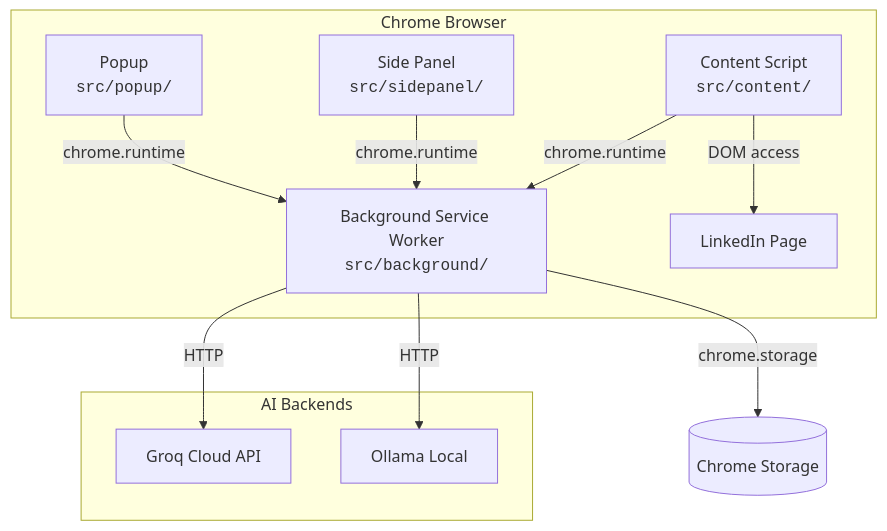
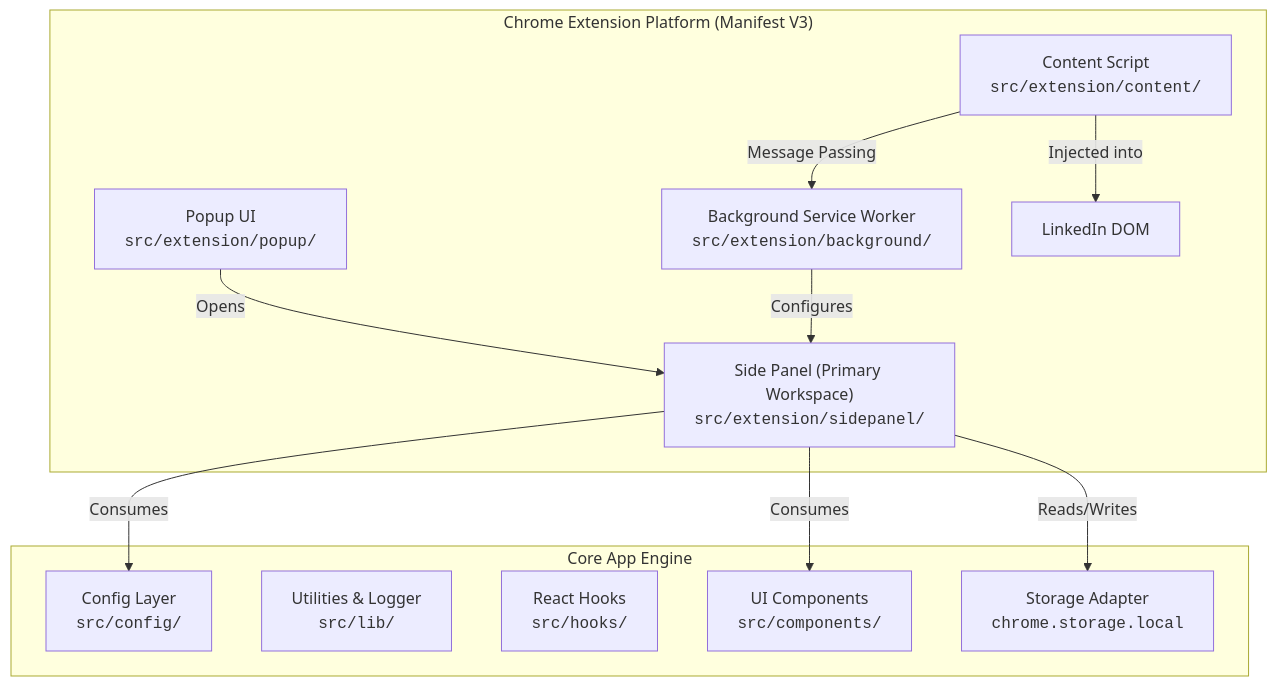
One commit to revanth-kumar-02/PostKit changed the diagram in docs/architecture.md. Above: the diagram before and after it, drawn with Mermaid. The commit also changed other lines of this file and 63 other files, not shown here.

````diff
--- a/docs/architecture.md
+++ b/docs/architecture.md
@@ -7,23 +7,26 @@
 ```mermaid
 graph TB
-    subgraph Chrome["Chrome Browser"]
-        BG["Background Service Worker<br/><code>src/background/</code>"]
-        PP["Popup<br/><code>src/popup/</code>"]
-        SP["Side Panel<br/><code>src/sidepanel/</code>"]
-        CS["Content Script<br/><code>src/content/</code>"]
-        LI["LinkedIn Page"]
+    subgraph Chrome["Chrome Extension Platform (Manifest V3)"]
+        BG["Background Service Worker<br/><code>src/extension/background/</code>"]
+        SP["Side Panel (Primary Workspace)<br/><code>src/extension/sidepanel/</code>"]
+        PP["Popup UI<br/><code>src/extension/popup/</code>"]
+        CS["Content Script<br/><code>src/extension/content/</code>"]
+        LI["LinkedIn DOM"]
     end
 
-    subgraph AI["AI Backends"]
-        GQ["Groq Cloud API"]
-        OL["Ollama Local"]
+    subgraph Core["Core App Engine"]
+        CFG["Config Layer<br/><code>src/config/</code>"]
+        LIB["Utilities & Logger<br/><code>src/lib/</code>"]
+        HOOKS["React Hooks<br/><code>src/hooks/</code>"]
+        COMP["UI Components<br/><code>src/components/</code>"]
+        STORE["Storage Adapter<br/><code>chrome.storage.local</code>"]
     end
 
-    PP -->|chrome.runtime| BG
-    SP -->|chrome.runtime| BG
-    CS -->|chrome.runtime| BG
-    CS -->|DOM access| LI
-    BG -->|HTTP| GQ
-    BG -->|HTTP| OL
-    BG -->|chrome.storage| DB[(Chrome Storage)]
+    PP -->|Opens| SP
+    SP -->|Reads/Writes| STORE
+    SP -->|Consumes| CFG
+    SP -->|Consumes| COMP
+    CS -->|Injected into| LI
+    CS -->|Message Passing| BG
+    BG -->|Configures| SP
 ```
````
